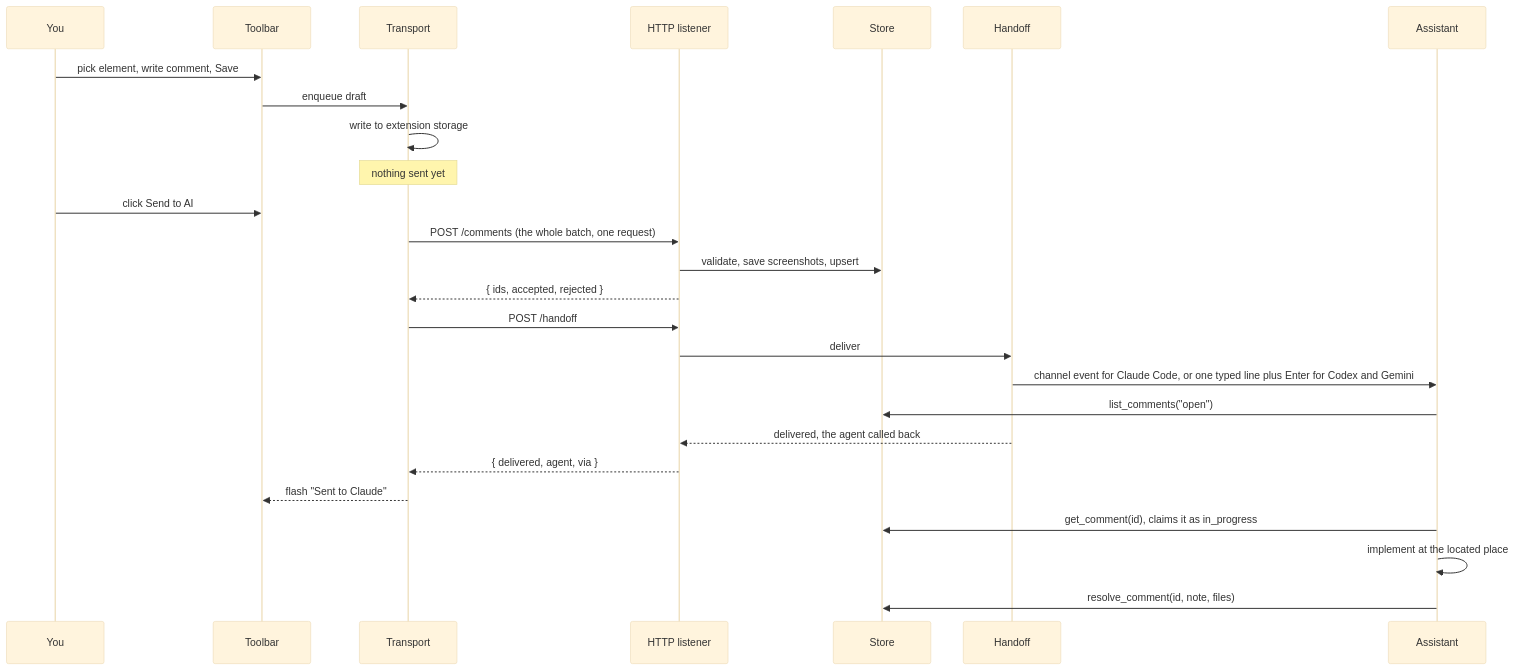
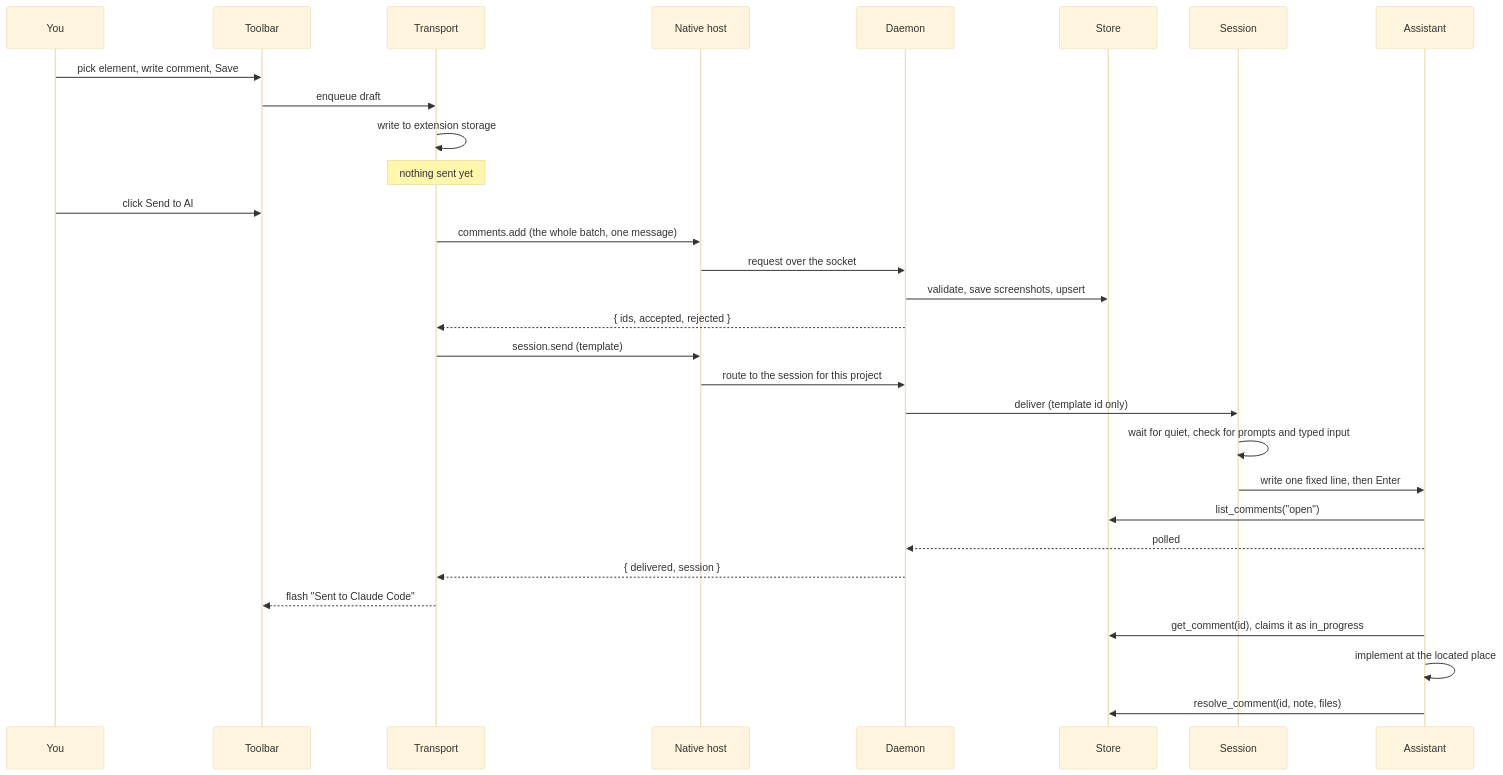
Before and after one commit to pallandir/northstar: the first of 4 diagrams in docs/flows.md, drawn with Mermaid (base theme). The commit also changed other lines of this file and 149 other files, not shown here.

First line of the commit message:
feat(mcp): send to AI through owned PTY sessions over native messaging

````diff
--- a/docs/flows.md
+++ b/docs/flows.md
@@ -14,29 +13,33 @@
 ```mermaid
 sequenceDiagram
     participant U as You
     participant T as Toolbar
     participant X as Transport
-    participant H as HTTP listener
+    participant H as Native host
+    participant D as Daemon
     participant S as Store
-    participant K as Handoff
+    participant W as Session
     participant A as Assistant
 
     U->>T: pick element, write comment, Save
     T->>X: enqueue draft
     X->>X: write to extension storage
     Note over X: nothing sent yet
     U->>T: click Send to AI
-    X->>H: POST /comments (the whole batch, one request)
-    H->>S: validate, save screenshots, upsert
-    H-->>X: { ids, accepted, rejected }
-    X->>H: POST /handoff
-    H->>K: deliver
-    K->>A: channel event for Claude Code, or one typed line plus Enter for Codex and Gemini
+    X->>H: comments.add (the whole batch, one message)
+    H->>D: request over the socket
+    D->>S: validate, save screenshots, upsert
+    D-->>X: { ids, accepted, rejected }
+    X->>H: session.send (template)
+    H->>D: route to the session for this project
+    D->>W: deliver (template id only)
+    W->>W: wait for quiet, check for prompts and typed input
+    W->>A: write one fixed line, then Enter
     A->>S: list_comments("open")
-    K-->>H: delivered, the agent called back
-    H-->>X: { delivered, agent, via }
-    X-->>T: flash "Sent to Claude"
+    A-->>D: polled
+    D-->>X: { delivered, session }
+    X-->>T: flash "Sent to Claude Code"
     A->>S: get_comment(id), claims it as in_progress
     A->>A: implement at the located place
     A->>S: resolve_comment(id, note, files)
 ```
````
